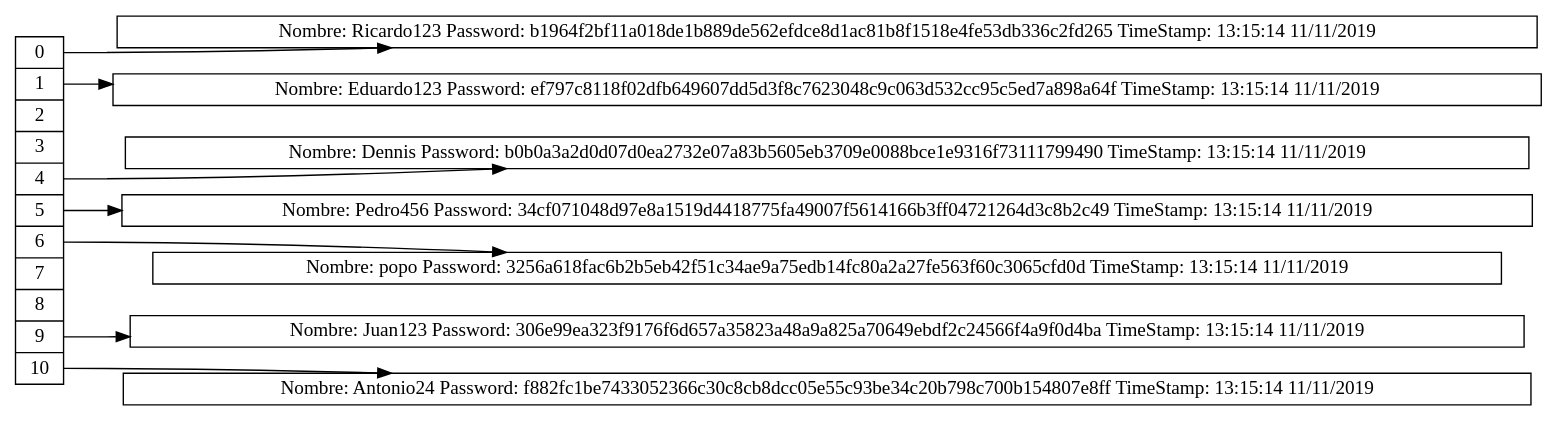
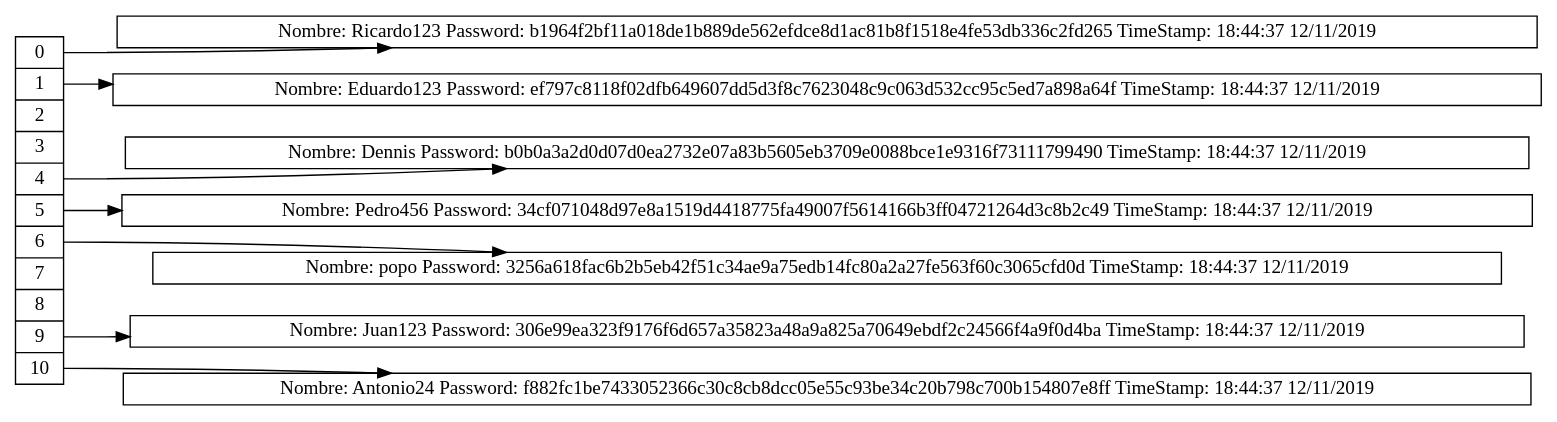
One commit to Eduardo01004/EDD_2S2019_PY2_201612124 changed the diagram in Proyecto2/HashTable.dot. Above: the diagram before and after it, drawn with Graphviz. The commit also changed 67 other files, not shown here.

```diff
--- a/Proyecto2/HashTable.dot
+++ b/Proyecto2/HashTable.dot
@@ -1,29 +1,29 @@
 digraph G{ rankdir=LR;
 node [shape= record, width=.1,height=.1];
 nodeTable [label = " 
 <f0> 0 | 
 <f1> 1 | 
 <f2> 2 | 
 <f3> 3 | 
 <f4> 4 | 
 <f5> 5 | 
 <f6> 6 | 
 <f7> 7 | 
 <f8> 8 | 
 <f9> 9 | 
 <f10> 10"];
-nodoRicardo123 [label= "Nombre: Ricardo123 Password: b1964f2bf11a018de1b889de562efdce8d1ac81b8f1518e4fe53db336c2fd265 TimeStamp: 13:15:14 11/11/2019"];
+nodoRicardo123 [label= "Nombre: Ricardo123 Password: b1964f2bf11a018de1b889de562efdce8d1ac81b8f1518e4fe53db336c2fd265 TimeStamp: 18:44:37 12/11/2019"];
 "nodeTable":f0 -> nodoRicardo123
-nodoEduardo123 [label= "Nombre: Eduardo123 Password: ef797c8118f02dfb649607dd5d3f8c7623048c9c063d532cc95c5ed7a898a64f TimeStamp: 13:15:14 11/11/2019"];
+nodoEduardo123 [label= "Nombre: Eduardo123 Password: ef797c8118f02dfb649607dd5d3f8c7623048c9c063d532cc95c5ed7a898a64f TimeStamp: 18:44:37 12/11/2019"];
 "nodeTable":f1 -> nodoEduardo123
-nodoDennis [label= "Nombre: Dennis Password: b0b0a3a2d0d07d0ea2732e07a83b5605eb3709e0088bce1e9316f73111799490 TimeStamp: 13:15:14 11/11/2019"];
+nodoDennis [label= "Nombre: Dennis Password: b0b0a3a2d0d07d0ea2732e07a83b5605eb3709e0088bce1e9316f73111799490 TimeStamp: 18:44:37 12/11/2019"];
 "nodeTable":f4 -> nodoDennis
-nodoPedro456 [label= "Nombre: Pedro456 Password: 34cf071048d97e8a1519d4418775fa49007f5614166b3ff04721264d3c8b2c49 TimeStamp: 13:15:14 11/11/2019"];
+nodoPedro456 [label= "Nombre: Pedro456 Password: 34cf071048d97e8a1519d4418775fa49007f5614166b3ff04721264d3c8b2c49 TimeStamp: 18:44:37 12/11/2019"];
 "nodeTable":f5 -> nodoPedro456
-nodopopo [label= "Nombre: popo Password: 3256a618fac6b2b5eb42f51c34ae9a75edb14fc80a2a27fe563f60c3065cfd0d TimeStamp: 13:15:14 11/11/2019"];
+nodopopo [label= "Nombre: popo Password: 3256a618fac6b2b5eb42f51c34ae9a75edb14fc80a2a27fe563f60c3065cfd0d TimeStamp: 18:44:37 12/11/2019"];
 "nodeTable":f6 -> nodopopo
-nodoJuan123 [label= "Nombre: Juan123 Password: 306e99ea323f9176f6d657a35823a48a9a825a70649ebdf2c24566f4a9f0d4ba TimeStamp: 13:15:14 11/11/2019"];
+nodoJuan123 [label= "Nombre: Juan123 Password: 306e99ea323f9176f6d657a35823a48a9a825a70649ebdf2c24566f4a9f0d4ba TimeStamp: 18:44:37 12/11/2019"];
 "nodeTable":f9 -> nodoJuan123
-nodoAntonio24 [label= "Nombre: Antonio24 Password: f882fc1be7433052366c30c8cb8dcc05e55c93be34c20b798c700b154807e8ff TimeStamp: 13:15:14 11/11/2019"];
+nodoAntonio24 [label= "Nombre: Antonio24 Password: f882fc1be7433052366c30c8cb8dcc05e55c93be34c20b798c700b154807e8ff TimeStamp: 18:44:37 12/11/2019"];
 "nodeTable":f10 -> nodoAntonio24
 }
```
